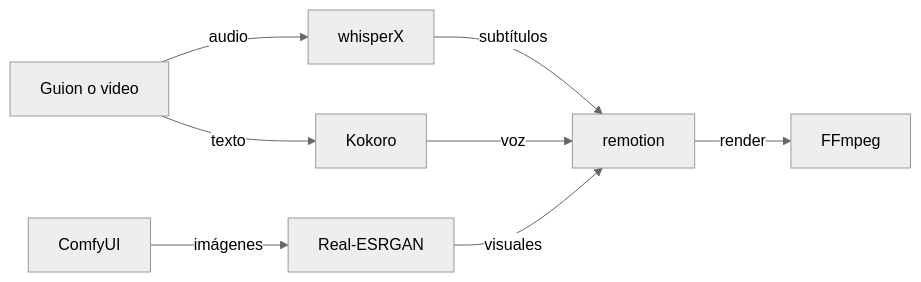
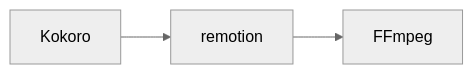
One commit to Cristrva1/BL_Alexandria changed the diagram in human/playbooks/pipeline-de-reels-video-corto.md. Above: the diagram before and after it, drawn with Mermaid (neutral theme). The commit also changed other lines of this file and 46 other files, not shown here.

````diff
--- a/human/playbooks/pipeline-de-reels-video-corto.md
+++ b/human/playbooks/pipeline-de-reels-video-corto.md
@@ -9,10 +25,5 @@
 ```mermaid
 flowchart LR
-  Guion_o_video["Guion o video"] -->|audio| whisperx["whisperX"]
-  Guion_o_video["Guion o video"] -->|texto| kokoro["Kokoro"]
-  comfyui["ComfyUI"] -->|imágenes| real_esrgan["Real-ESRGAN"]
-  whisperx["whisperX"] -->|subtítulos| remotion["remotion"]
-  kokoro["Kokoro"] -->|voz| remotion["remotion"]
-  real_esrgan["Real-ESRGAN"] -->|visuales| remotion["remotion"]
-  remotion["remotion"] -->|render| ffmpeg["FFmpeg"]
+  kokoro["Kokoro"] --> remotion["remotion"]
+  remotion["remotion"] --> ffmpeg["FFmpeg"]
 ```
````
